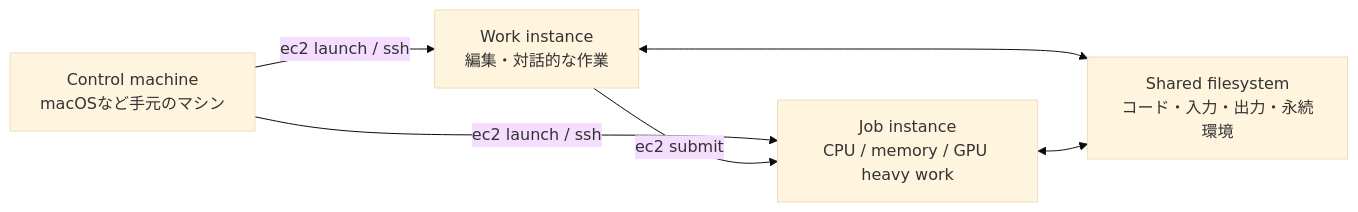
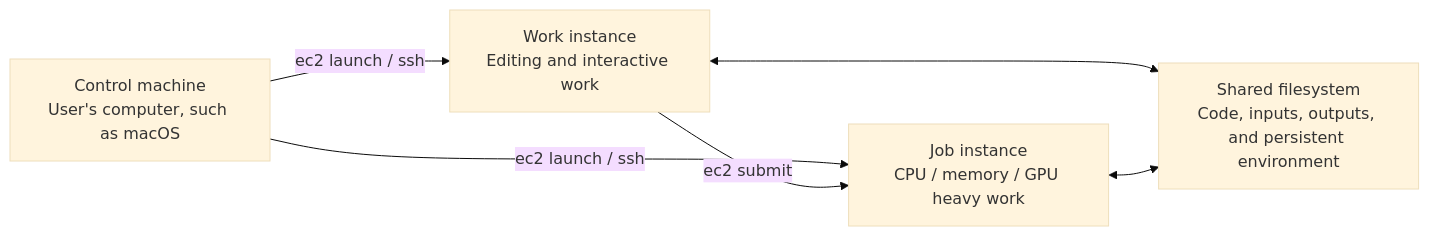
The diagram in README.md (rcmdnk/ec2), drawn with Mermaid (base theme) before and after one commit.

Commit message:
docs: translate README diagram labels
intent(documentation): keep README and diagrams consistently English for broader reuse

```diff
--- a/README.md
+++ b/README.md
@@ -8,13 +8,13 @@
 ~~~mermaid
 flowchart LR
-    Control["Control machine<br/>macOSなど手元のマシン"]
-    Work["Work instance<br/>編集・対話的な作業"]
+    Control["Control machine<br/>User's computer, such as macOS"]
+    Work["Work instance<br/>Editing and interactive work"]
     Job["Job instance<br/>CPU / memory / GPU heavy work"]
-    FS["Shared filesystem<br/>コード・入力・出力・永続環境"]
+    FS["Shared filesystem<br/>Code, inputs, outputs, and persistent environment"]
 
     Control -->|"ec2 launch / ssh"| Work
     Control -->|"ec2 launch / ssh"| Job
     Work -->|"ec2 submit"| Job
     Work <--> FS
     Job <--> FS
 ~~~
```
